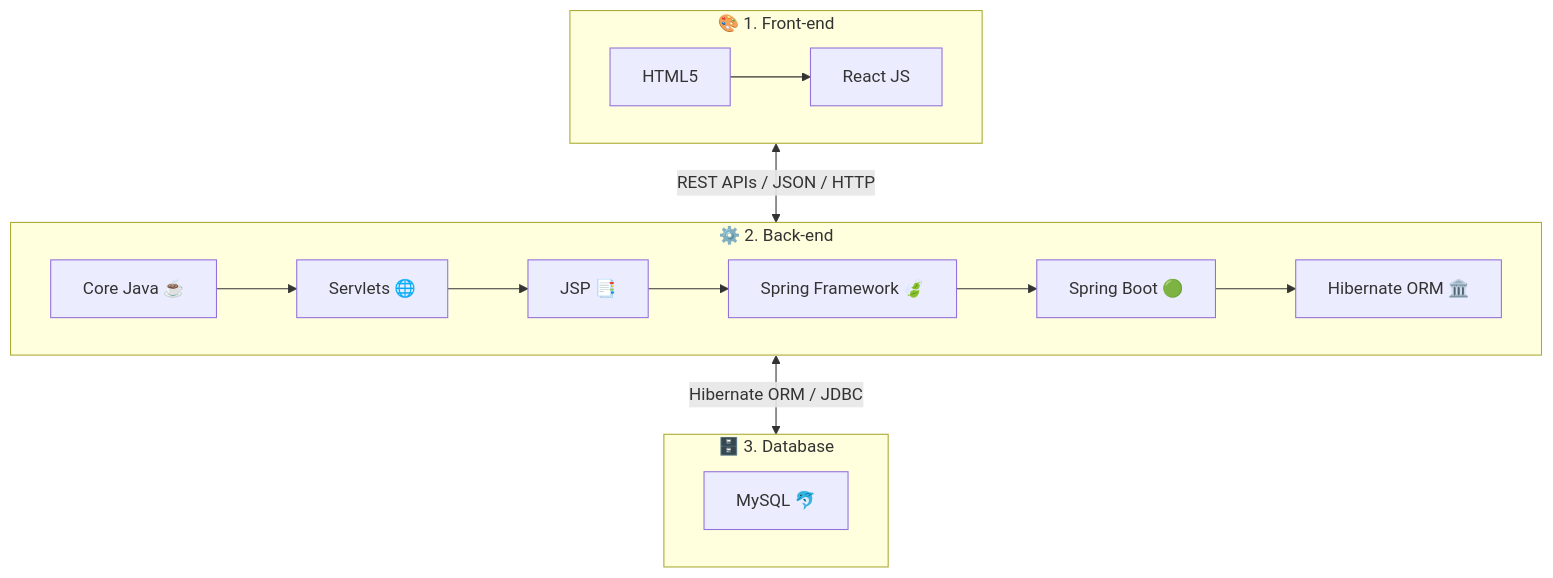
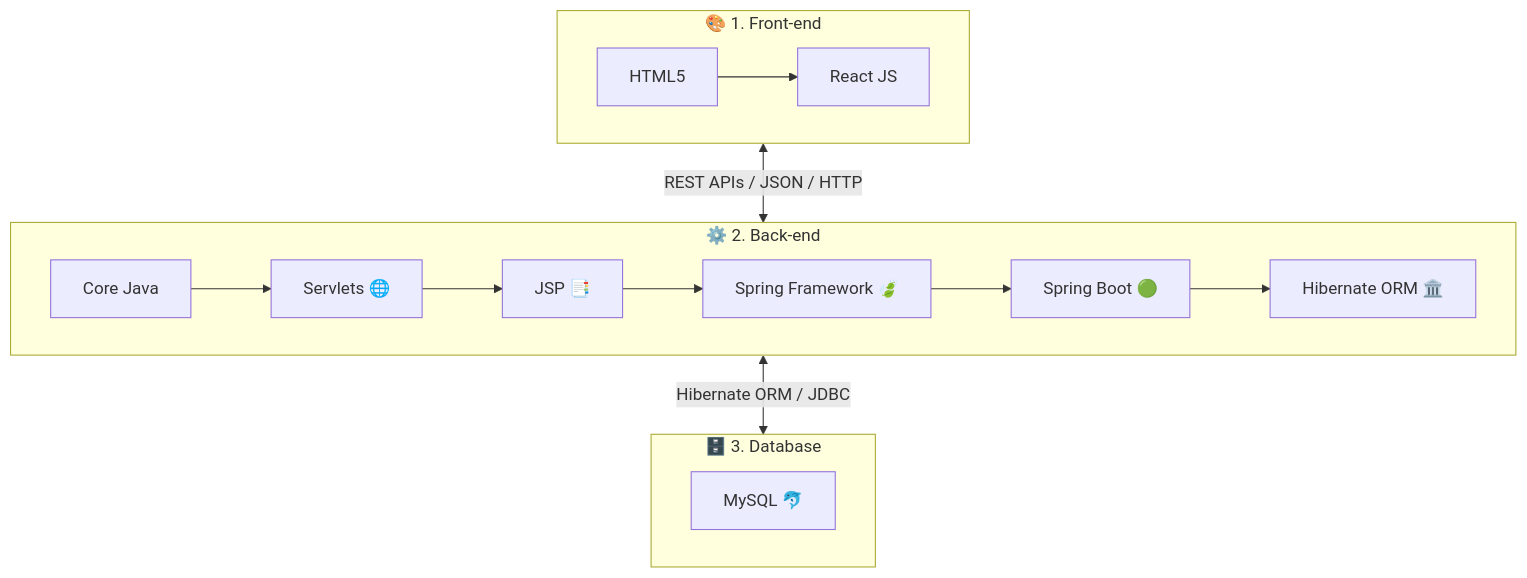
The diagram in README.md (kasimshah19/kiran-academy-java-internship), drawn with Mermaid before and after one commit. The commit also changed other lines of this file, not shown here.

Commit message:
docs: replace tea cup emoji with official Java logo

````diff
--- a/README.md
+++ b/README.md
@@ -37,25 +37,25 @@
 ```mermaid
 flowchart TD
     subgraph Frontend["🎨 1. Front-end"]
         FE1["HTML5"]
         FE2["React JS"]
         FE1 --> FE2
     end
 
     subgraph Backend["⚙️ 2. Back-end"]
-        BE1["Core Java ☕"]
+        BE1["Core Java"]
         BE2["Servlets 🌐"]
         BE3["JSP 📑"]
         BE4["Spring Framework 🍃"]
         BE5["Spring Boot 🟢"]
         BE6["Hibernate ORM 🏛️"]
         BE1 --> BE2 --> BE3 --> BE4 --> BE5 --> BE6
     end
 
     subgraph Database["🗄️ 3. Database"]
         DB1["MySQL 🐬"]
     end
 
     Frontend <-->|"REST APIs / JSON / HTTP"| Backend
     Backend <-->|"Hibernate ORM / JDBC"| Database
 ```
````
